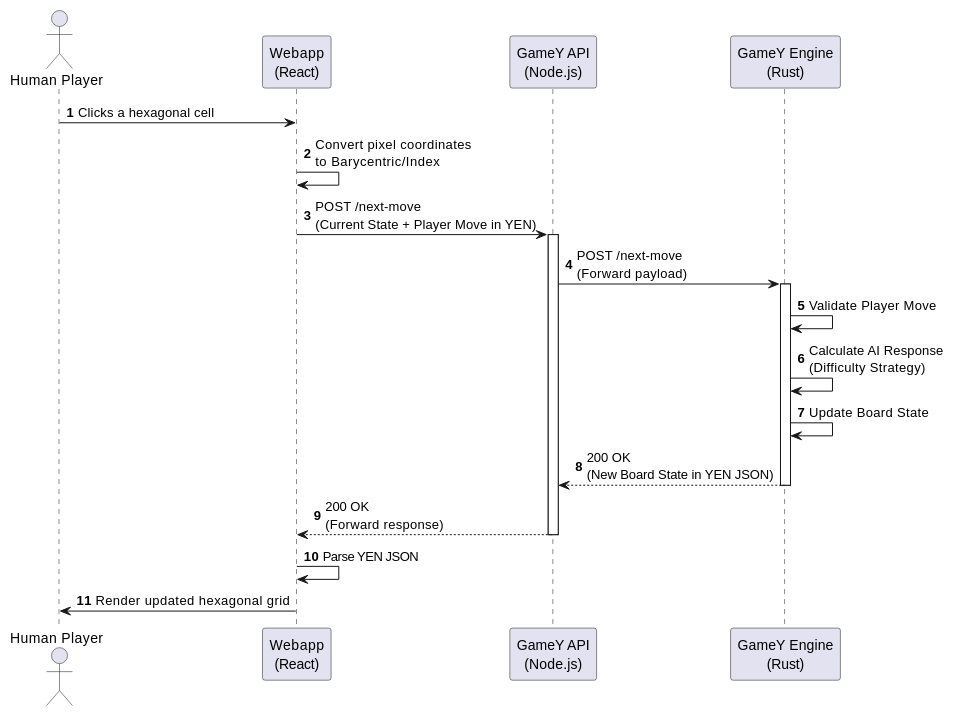
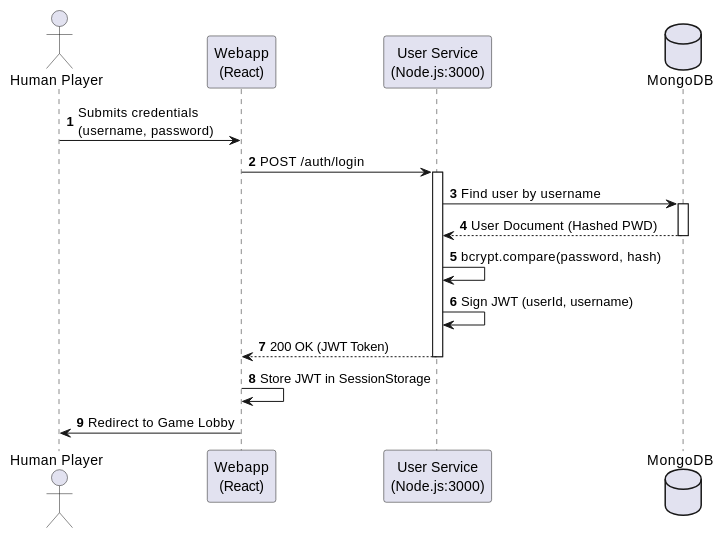
Before and after one commit to Arquisoft/yovi_en1a: the first of 4 diagrams in docs/src/06_runtime_view.adoc, drawn with PlantUML. The commit also changed other lines of this file, not shown here.

```diff
--- a/docs/src/06_runtime_view.adoc
+++ b/docs/src/06_runtime_view.adoc
@@ -10,29 +10,28 @@
-[plantuml, target="human-vs-ai-move", format="png"]
+[plantuml, target="auth-flow", format="png"]
 ----
 @startuml
 autonumber
 actor "Human Player" as User
 participant "Webapp\n(React)" as UI
-participant "GameY API\n(Node.js)" as API
-participant "GameY Engine\n(Rust)" as Rust
+participant "User Service\n(Node.js:3000)" as UserSvc
+database "MongoDB" as DB
 
-User -> UI : Clicks a hexagonal cell
-UI -> UI : Convert pixel coordinates\nto Barycentric/Index
-UI -> API : POST /next-move \n(Current State + Player Move in YEN)
-activate API
-API -> Rust : POST /next-move \n(Forward payload)
-activate Rust
+User -> UI : Submits credentials\n(username, password)
+UI -> UserSvc : POST /auth/login
+activate UserSvc
 
-Rust -> Rust : Validate Player Move
-Rust -> Rust : Calculate AI Response \n(Difficulty Strategy)
-Rust -> Rust : Update Board State
+UserSvc -> DB : Find user by username
+activate DB
+DB --> UserSvc : User Document (Hashed PWD)
+deactivate DB
 
-Rust --> API : 200 OK \n(New Board State in YEN JSON)
-deactivate Rust
-API --> UI : 200 OK \n(Forward response)
-deactivate API
+UserSvc -> UserSvc : bcrypt.compare(password, hash)
+UserSvc -> UserSvc : Sign JWT (userId, username)
 
-UI -> UI : Parse YEN JSON
-UI -> User : Render updated hexagonal grid
+UserSvc --> UI : 200 OK (JWT Token)
+deactivate UserSvc
+
+UI -> UI : Store JWT in SessionStorage
+UI -> User : Redirect to Game Lobby
 @enduml
 ----
```
